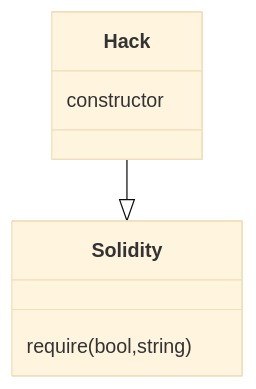
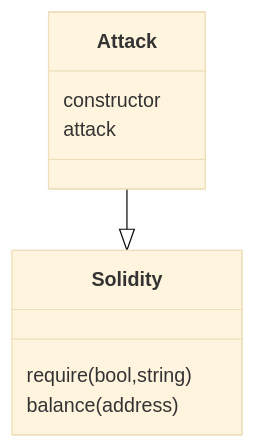
One commit to siksum/SafeDevAnalyzer changed the diagram in result/call_graph_results/call-graph.md. Above: the diagram before and after it, drawn with Mermaid (base theme). The commit also changed 16 other files, not shown here.

````diff
--- a/result/call_graph_results/call-graph.md
+++ b/result/call_graph_results/call-graph.md
@@ -1,11 +1,13 @@
 ```mermaid
 classDiagram
-	class Hack{
+	class Attack{
 		constructor
+		attack
 	}
 	class Solidity{
 		require(bool,string)
+		balance(address)
 	}
-Hack --|> Solidity
+Attack --|> Solidity
 
 ```
````
